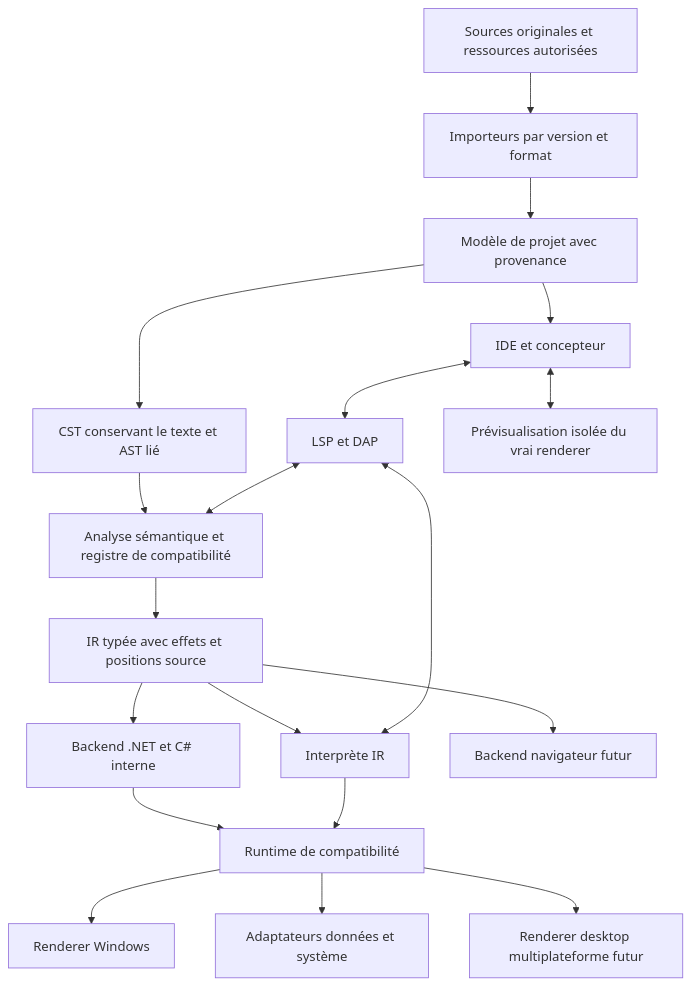
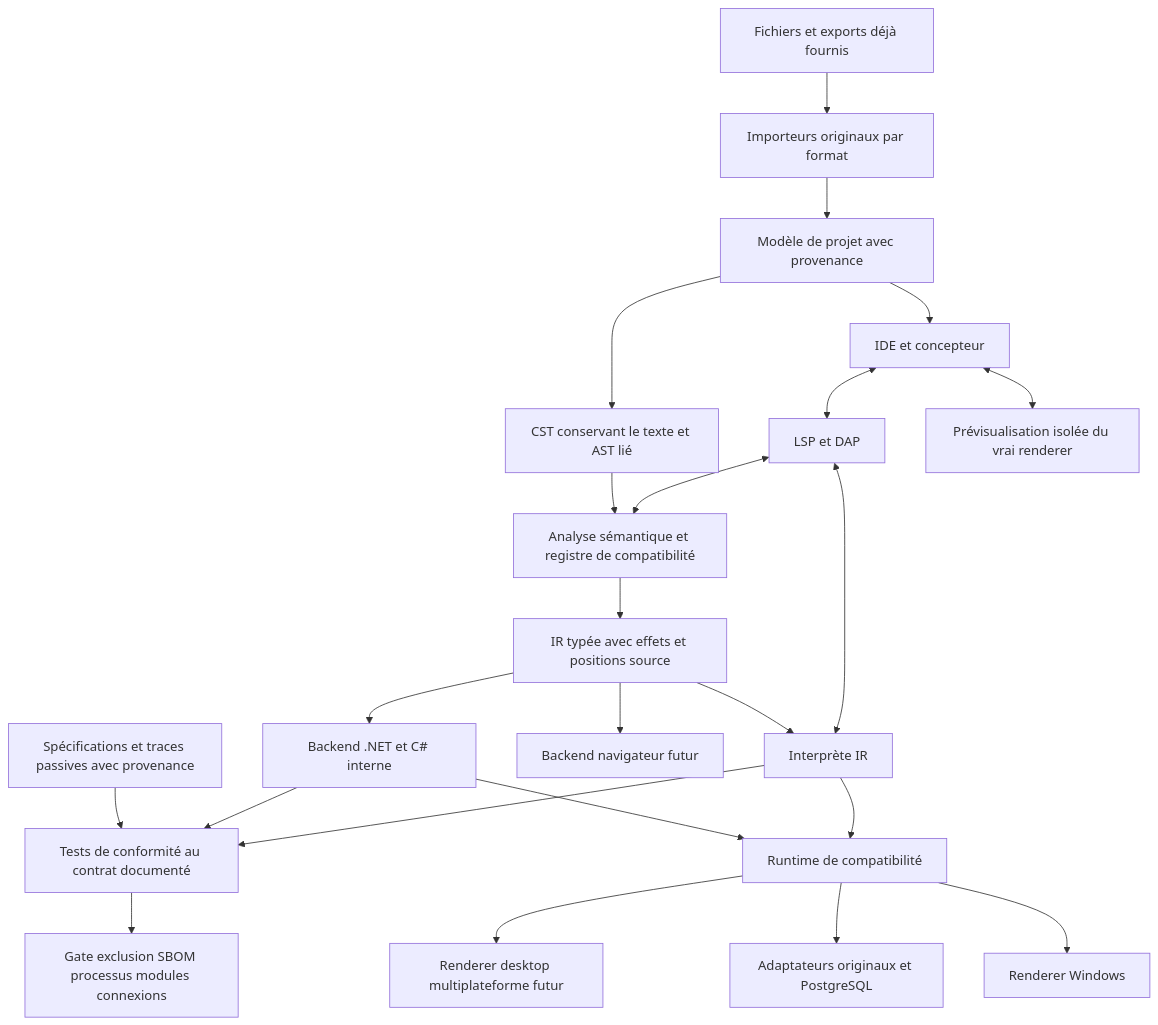
Before and after one commit to Kalexand22/wlangage-migration-research: the diagram in docs/05-architecture-cible.md, drawn with Mermaid. The commit also changed other lines of this file and 40 other files, not shown here.

````diff
--- a/docs/05-architecture-cible.md
+++ b/docs/05-architecture-cible.md
@@ -25,21 +51,25 @@
 ```mermaid
 flowchart TD
-    A[Sources originales et ressources autorisées] --> B[Importeurs par version et format]
+    A[Fichiers et exports déjà fournis] --> B[Importeurs originaux par format]
     B --> C[Modèle de projet avec provenance]
     C --> D[CST conservant le texte et AST lié]
     D --> E[Analyse sémantique et registre de compatibilité]
     E --> F[IR typée avec effets et positions source]
     F --> G[Backend .NET et C# interne]
     F --> H[Interprète IR]
     F --> I[Backend navigateur futur]
     G --> J[Runtime de compatibilité]
     H --> J
     J --> K[Renderer Windows]
-    J --> L[Adaptateurs données et système]
+    J --> L[Adaptateurs originaux et PostgreSQL]
     J --> M[Renderer desktop multiplateforme futur]
     C --> N[IDE et concepteur]
     N <--> O[LSP et DAP]
     O <--> E
     O <--> H
     N <--> P[Prévisualisation isolée du vrai renderer]
+    Q[Spécifications et traces passives avec provenance] --> R[Tests de conformité au contrat documenté]
+    G --> R
+    H --> R
+    R --> S[Gate exclusion SBOM processus modules connexions]
 ```
````
